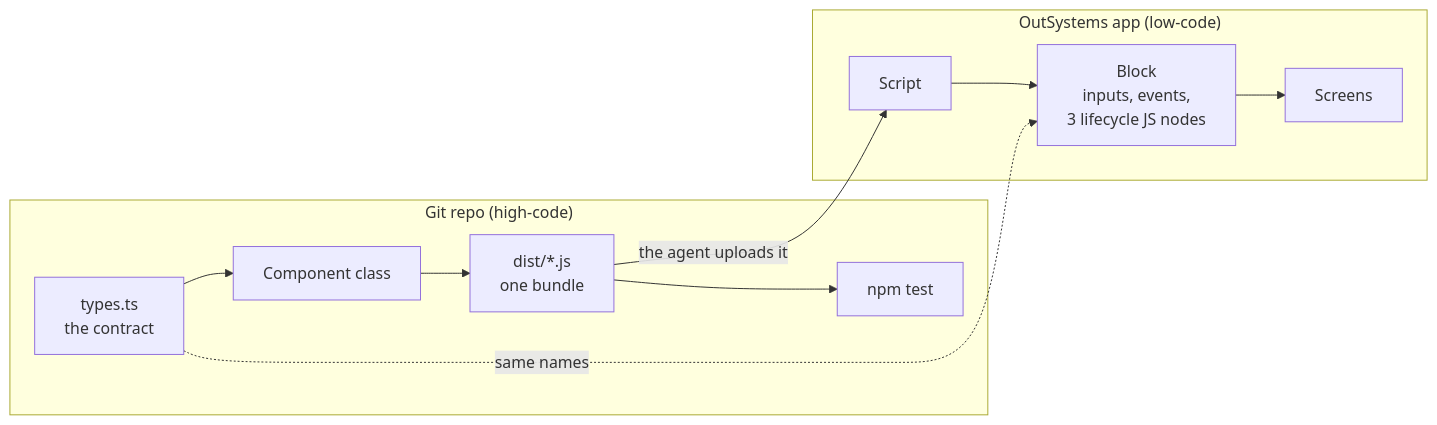
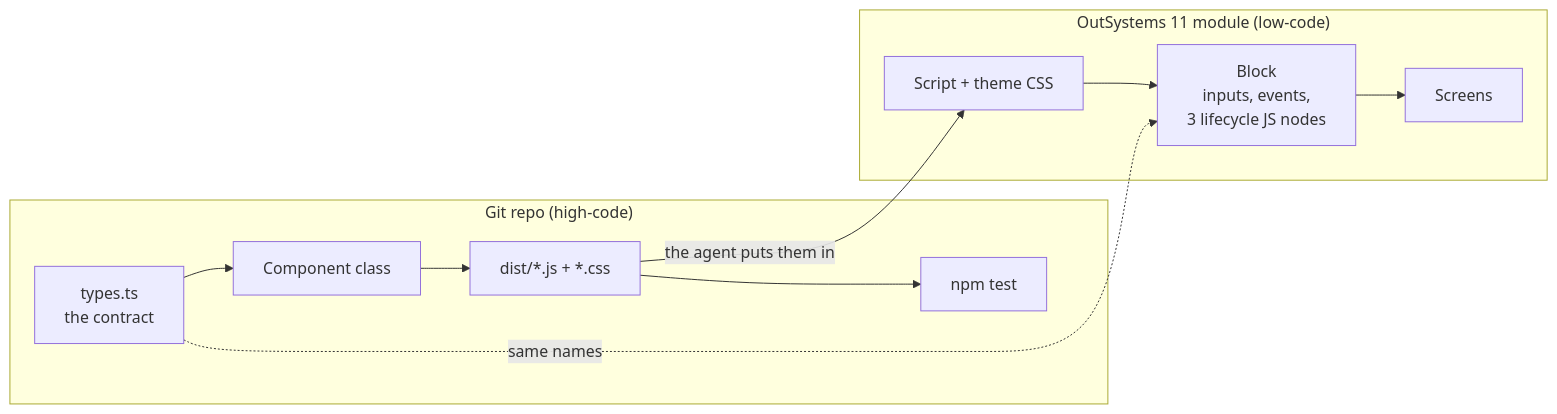
One commit to CEscorcio/AIOutsystemsFED changed the diagram in README.md. Above: the diagram before and after it, drawn with Mermaid. The commit also changed other lines of this file and 11 other files, not shown here.

First line of the commit message:
Make the repo OutSystems 11 only

````diff
--- a/README.md
+++ b/README.md
@@ -9,12 +9,12 @@
 ```mermaid
 flowchart LR
   subgraph Repo["Git repo (high-code)"]
-    T[types.ts<br/>the contract] --> C[Component class] --> D[dist/*.js<br/>one bundle]
+    T[types.ts<br/>the contract] --> C[Component class] --> D[dist/*.js + *.css]
     D --> X[npm test]
   end
-  subgraph App["OutSystems app (low-code)"]
-    S[Script] --> K[Block<br/>inputs, events,<br/>3 lifecycle JS nodes] --> H[Screens]
+  subgraph App["OutSystems 11 module (low-code)"]
+    S[Script + theme CSS] --> K[Block<br/>inputs, events,<br/>3 lifecycle JS nodes] --> H[Screens]
   end
-  D -- "the agent uploads it" --> S
+  D -- "the agent puts them in" --> S
   T -. "same names" .-> K
 ```
````
